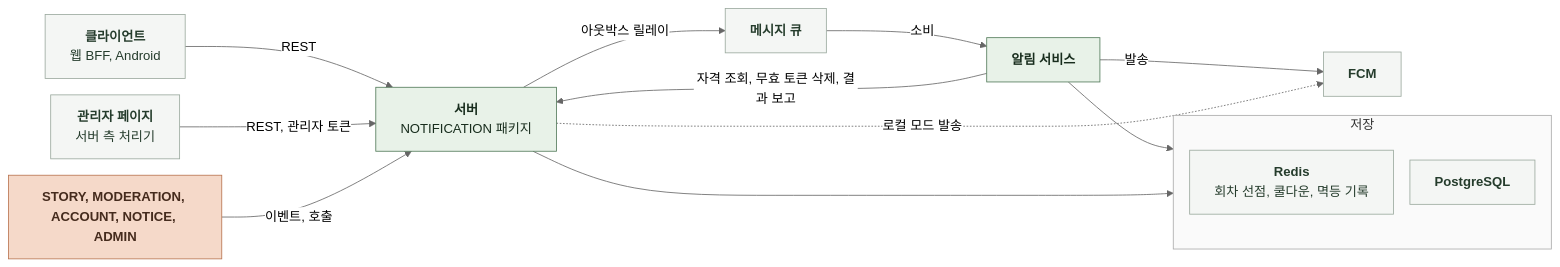
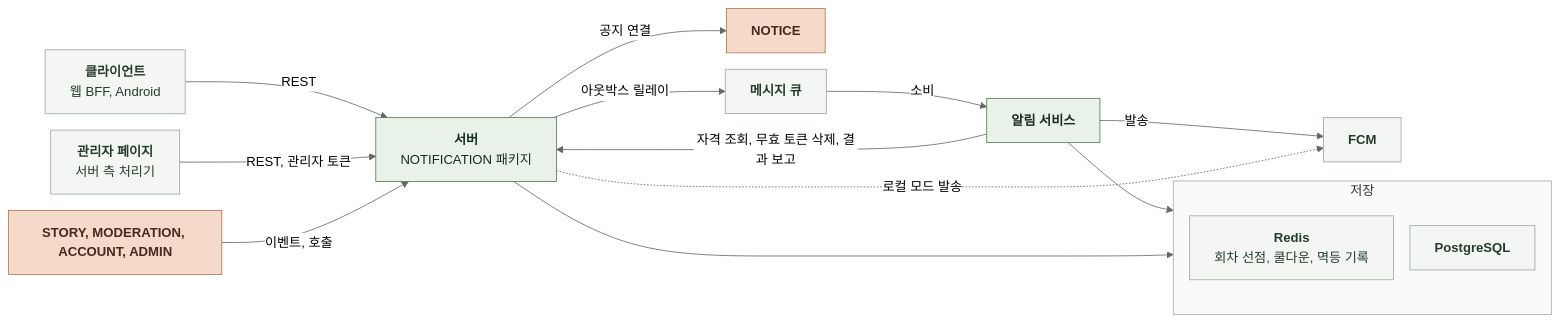
The diagram in docs/domain/NOTIFICATION/BACKEND/3-1-SOFTWARE-ARCHITECTURE.md (KIM-N-KANG/knk-harness), drawn with Mermaid (neutral theme) before and after one commit. The commit also changed other lines of this file and 35 other files, not shown here.

````diff
--- a/docs/domain/NOTIFICATION/BACKEND/3-1-SOFTWARE-ARCHITECTURE.md
+++ b/docs/domain/NOTIFICATION/BACKEND/3-1-SOFTWARE-ARCHITECTURE.md
@@ -22,30 +22,31 @@
 ```mermaid
 %%{init: {"flowchart": {"curve": "basis", "nodeSpacing": 20, "rankSpacing": 60}}}%%
 flowchart LR
     C["`**클라이언트**
 웹 BFF, Android`"] -->|REST| S["`**서버**
 NOTIFICATION 패키지`"]
     AP["`**관리자 페이지**
 서버 측 처리기`"] -->|REST, 관리자 토큰| S
-    O["`**STORY, MODERATION, ACCOUNT, NOTICE, ADMIN**`"] -->|이벤트, 호출| S
+    O["`**STORY, MODERATION, ACCOUNT, ADMIN**`"] -->|이벤트, 호출| S
+    S -->|공지 연결| NT["`**NOTICE**`"]
     S -->|아웃박스 릴레이| Q["`**메시지 큐**`"]
     Q -->|소비| N["`**알림 서비스**`"]
     N -->|자격 조회, 무효 토큰 삭제, 결과 보고| S
     N -->|발송| F["`**FCM**`"]
     S -.->|로컬 모드 발송| F
     S --> ST
     N --> R
     subgraph ST["저장"]
         direction TB
         DB["`**PostgreSQL**`"]
         R["`**Redis**
 회차 선점, 쿨다운, 멱등 기록`"]
     end
     classDef ext fill:#F4F6F4,stroke:#9BA99E,color:#253C2C
     classDef comp fill:#E8F2E8,stroke:#527A59,color:#182D1D
     classDef task fill:#F5D9C9,stroke:#B97450,color:#452B1D
     class C,AP,Q,F,DB,R ext
     class S,N comp
-    class O task
+    class O,NT task
     style ST fill:#FAFAFA,stroke:#AAAAAA
 ```
````
